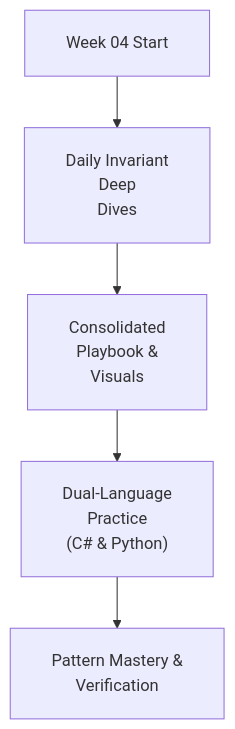
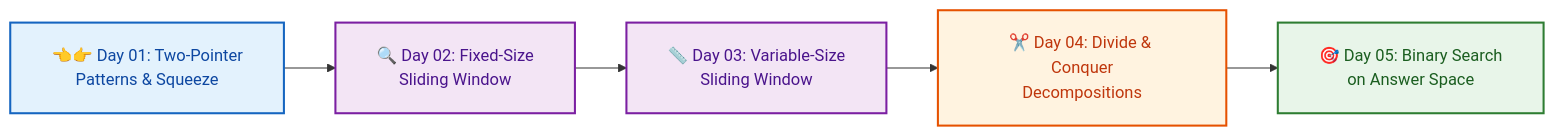
Before and after one commit to dip4k/DSA_102: the diagram in week_04_core_problem_solving_patterns_i/README.md, drawn with Mermaid. The commit also changed other lines of this file and 147 other files, not shown here.

First line of the commit message:
feat(curriculum): enrich Weeks 01-19 instructional modules & resolve repository-wide Mermaid cutoff

````diff
--- a/week_04_core_problem_solving_patterns_i/README.md
+++ b/week_04_core_problem_solving_patterns_i/README.md
@@ -16,8 +16,13 @@
 ```mermaid
 %%{init: {"flowchart": {"htmlLabels": true, "padding": 20}, "themeCSS": "foreignObject { overflow: visible !important; }"}}%%
-flowchart TD
-    Start["Week 04 Start"] --> Daily["Daily Invariant<br/>Deep<br/>Dives"]
-    Daily --> Playbook["Consolidated<br/>Playbook &<br/>Visuals"]
-    Playbook --> DualLang["Dual-Language<br/>Practice<br/>(C# & Python)"]
-    DualLang --> Mastery["Pattern Mastery &<br/>Verification"]
+flowchart LR
+    classDef ptrNode fill:#e3f2fd,stroke:#1565c0,stroke-width:2px,color:#0d47a1
+    classDef winNode fill:#f3e5f5,stroke:#7b1fa2,stroke-width:2px,color:#4a148c
+    classDef dncNode fill:#fff3e0,stroke:#e65100,stroke-width:2px,color:#bf360c
+    classDef bsNode fill:#e8f5e9,stroke:#2e7d32,stroke-width:2px,color:#1b5e20
+
+    D1["👈👉 Day 01: Two-Pointer<br/>Patterns & Squeeze"]:::ptrNode --> D2["🔍 Day 02: Fixed-Size<br/>Sliding Window"]:::winNode
+    D2 --> D3["📏 Day 03: Variable-Size<br/>Sliding Window"]:::winNode
+    D3 --> D4["✂️ Day 04: Divide & Conquer<br/>Decompositions"]:::dncNode
+    D4 --> D5["🎯 Day 05: Binary Search<br/>on Answer Space"]:::bsNode
 ```
````
